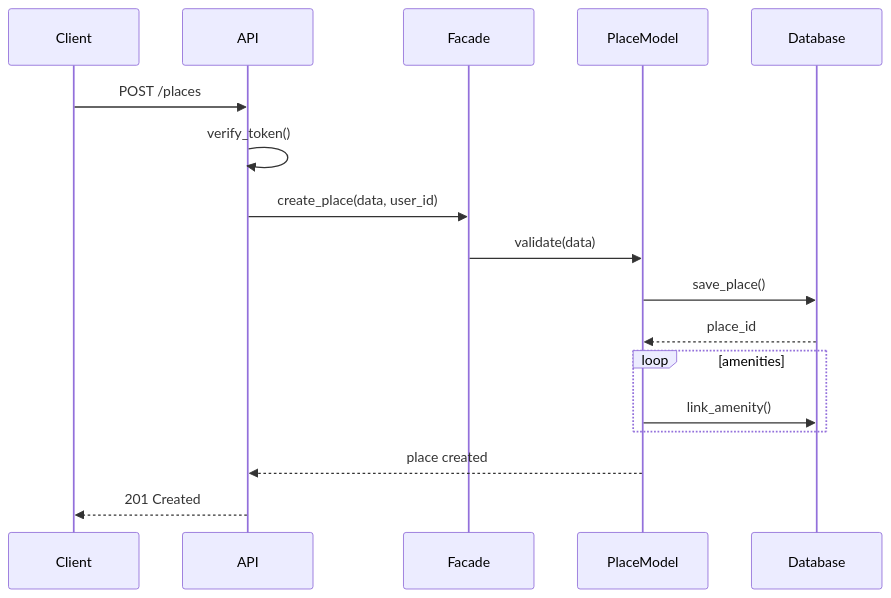
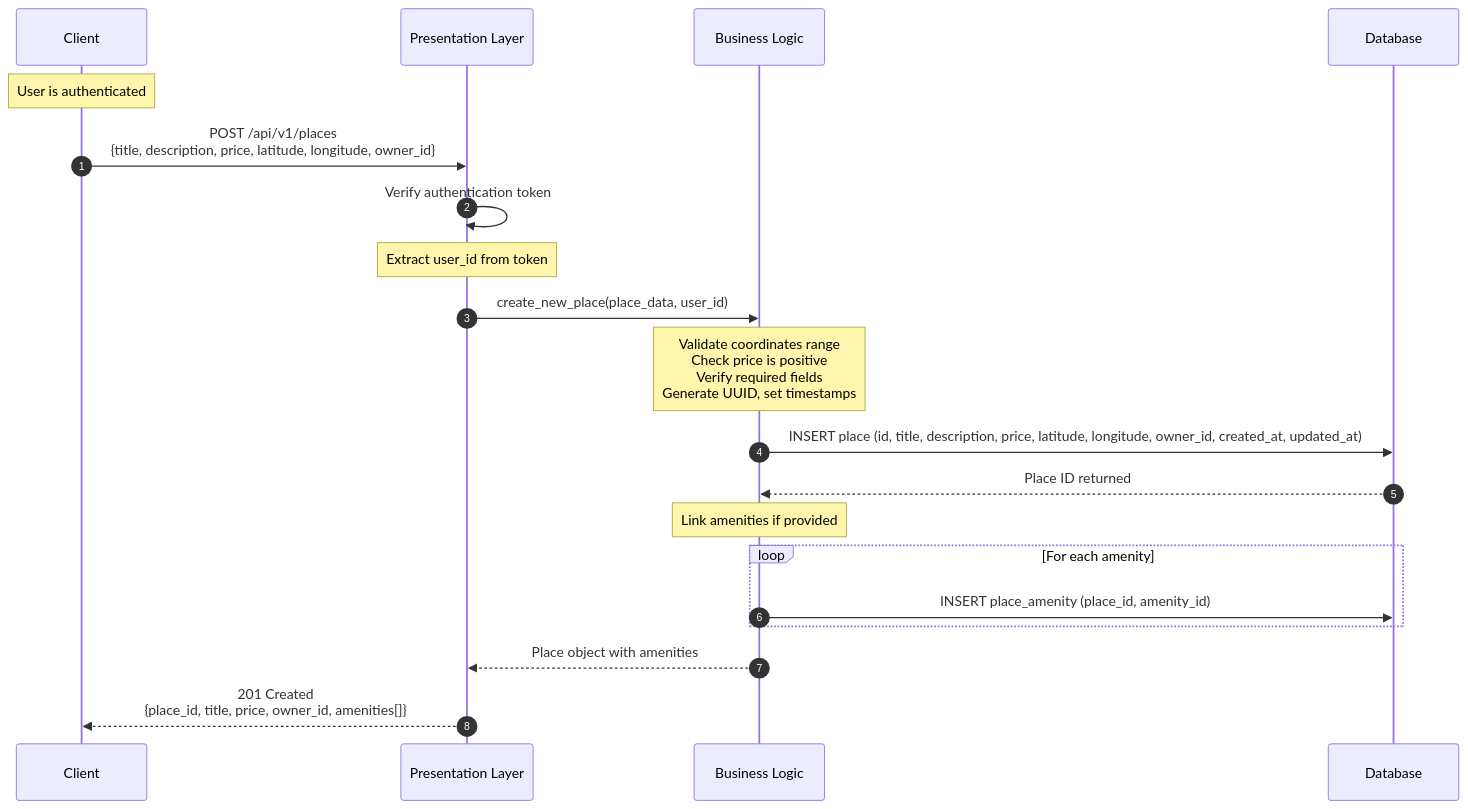
The second of 4 diagrams in part1/task2_sequence_diagrams.md (aliabdullah1215/holbertonschool-hbnb), drawn with Mermaid before and after one commit. The commit also changed other lines of this file, not shown here.

Commit message:
implement sequence diagrams for core APIs

````diff
--- a/part1/task2_sequence_diagrams.md
+++ b/part1/task2_sequence_diagrams.md
@@ -42,22 +38,29 @@
 ```mermaid
 sequenceDiagram
-    participant Client
-    participant API
-    participant Facade
-    participant PlaceModel
-    participant Database
+    autonumber
+    participant U as Client
+    participant P as Presentation Layer
+    participant B as Business Logic
+    participant D as Database
 
-    Client->>API: POST /places
-    API->>API: verify_token()
-    API->>Facade: create_place(data, user_id)
-    Facade->>PlaceModel: validate(data)
-    PlaceModel->>Database: save_place()
-    Database-->>PlaceModel: place_id
+    Note over U: User is authenticated
+    U->>P: POST /api/v1/places<br/>{title, description, price, latitude, longitude, owner_id}
     
-    loop amenities
-        PlaceModel->>Database: link_amenity()
+    P->>P: Verify authentication token
+    Note over P: Extract user_id from token
+    
+    P->>B: create_new_place(place_data, user_id)
+    
+    Note over B: Validate coordinates range<br/>Check price is positive<br/>Verify required fields<br/>Generate UUID, set timestamps
+    B->>D: INSERT place (id, title, description, price, latitude, longitude, owner_id, created_at, updated_at)
+    
+    D-->>B: Place ID returned
+    
+    Note over B: Link amenities if provided
+    loop For each amenity
+        B->>D: INSERT place_amenity (place_id, amenity_id)
     end
     
-    PlaceModel-->>API: place created
-    API-->>Client: 201 Created
+    B-->>P: Place object with amenities
+    P-->>U: 201 Created<br/>{place_id, title, price, owner_id, amenities[]}
 ```
````
